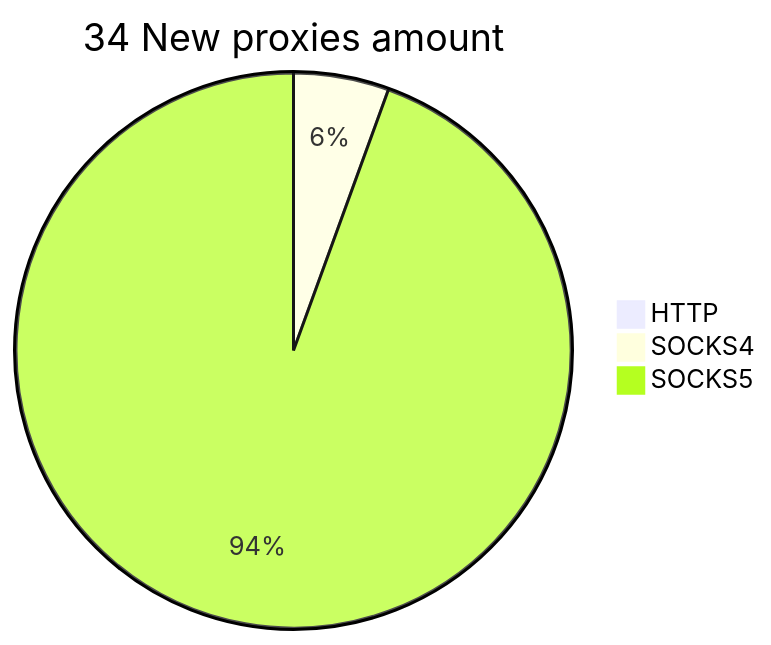
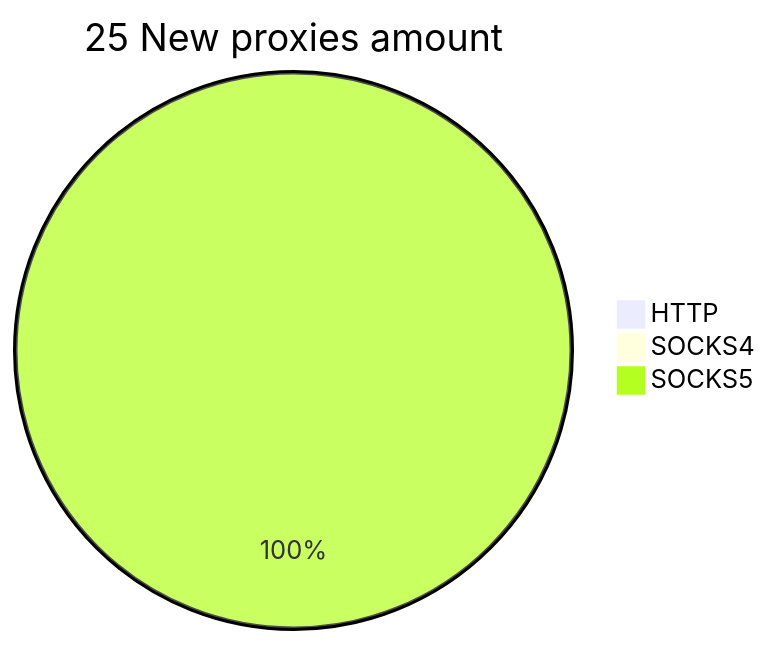
Before and after one commit to cutipu/proxylist: the second of 2 diagrams in README.md, drawn with Mermaid. The commit also changed other lines of this file, not shown here.

````diff
--- a/README.md
+++ b/README.md
@@ -10,6 +10,6 @@
 ```mermaid
-pie title 34 New proxies amount
+pie title 25 New proxies amount
     "HTTP" : 0
-    "SOCKS4" : 2
-    "SOCKS5" : 34
+    "SOCKS4" : 0
+    "SOCKS5" : 28
 ```
````
